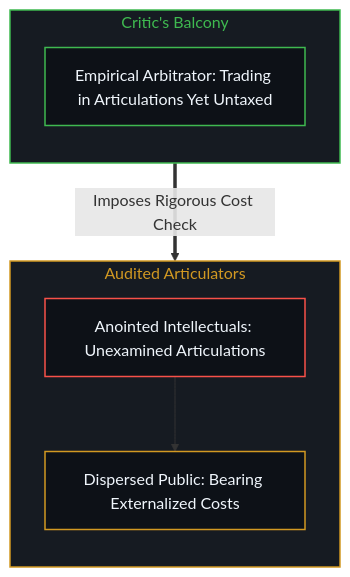
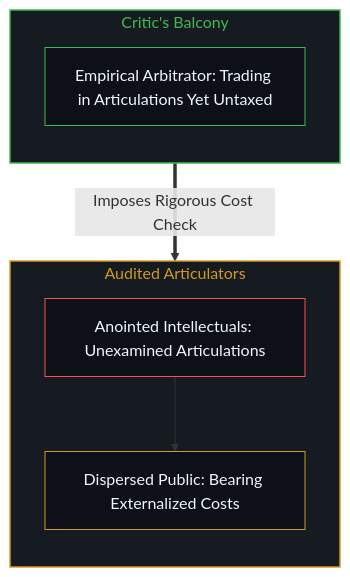
The sixth of 8 diagrams in content/posts/the-unexamined-critic.md (powerpig99/not-a-toe), drawn with Mermaid before and after one commit. The commit also changed other lines of this file and 12 other files, not shown here.

````diff
--- a/content/posts/the-unexamined-critic.md
+++ b/content/posts/the-unexamined-critic.md
@@ -177,25 +175,22 @@
 ```mermaid
 flowchart TD
-    classDef default fill:#0d1117,stroke:#30363d,stroke-width:1px,color:#f0f6fc;
-    classDef mind fill:#0d1117,stroke:#3fb950,stroke-width:1.5px,color:#f0f6fc;
-    classDef warn fill:#0d1117,stroke:#d29922,stroke-width:1.5px,color:#f0f6fc;
-    classDef fail fill:#0d1117,stroke:#f85149,stroke-width:1.5px,color:#f0f6fc;
-    classDef model fill:#0d1117,stroke:#58a6ff,stroke-width:1.5px,color:#f0f6fc;
-
     subgraph S_Critic ["Critic's Balcony"]
         direction TB
-        CriticSeat["Empirical Arbitrator: Trading in Articulations Yet Untaxed"]:::mind
+        CriticSeat["Empirical Arbitrator: Trading in Articulations Yet Untaxed"]
     end
 
     subgraph S_Anointed ["Audited Articulators"]
         direction TB
-        AnointedUnits["Anointed Intellectuals: Unexamined Articulations"]:::fail
-        MarketReality["Dispersed Public: Bearing Externalized Costs"]:::warn
+        AnointedUnits["Anointed Intellectuals: Unexamined Articulations"]
+        MarketReality["Dispersed Public: Bearing Externalized Costs"]
         AnointedUnits --> MarketReality
     end
 
     S_Critic ==> |Imposes Rigorous Cost Check| S_Anointed
 
     style S_Critic fill:#161b22,stroke:#3fb950,stroke-width:1.5px,color:#3fb950
     style S_Anointed fill:#161b22,stroke:#d29922,stroke-width:1.5px,color:#d29922
+    style CriticSeat fill:#0d1117,stroke:#3fb950,stroke-width:1px,color:#f0f6fc
+    style AnointedUnits fill:#0d1117,stroke:#f85149,stroke-width:1px,color:#f0f6fc
+    style MarketReality fill:#0d1117,stroke:#d29922,stroke-width:1px,color:#f0f6fc
 ```
````
